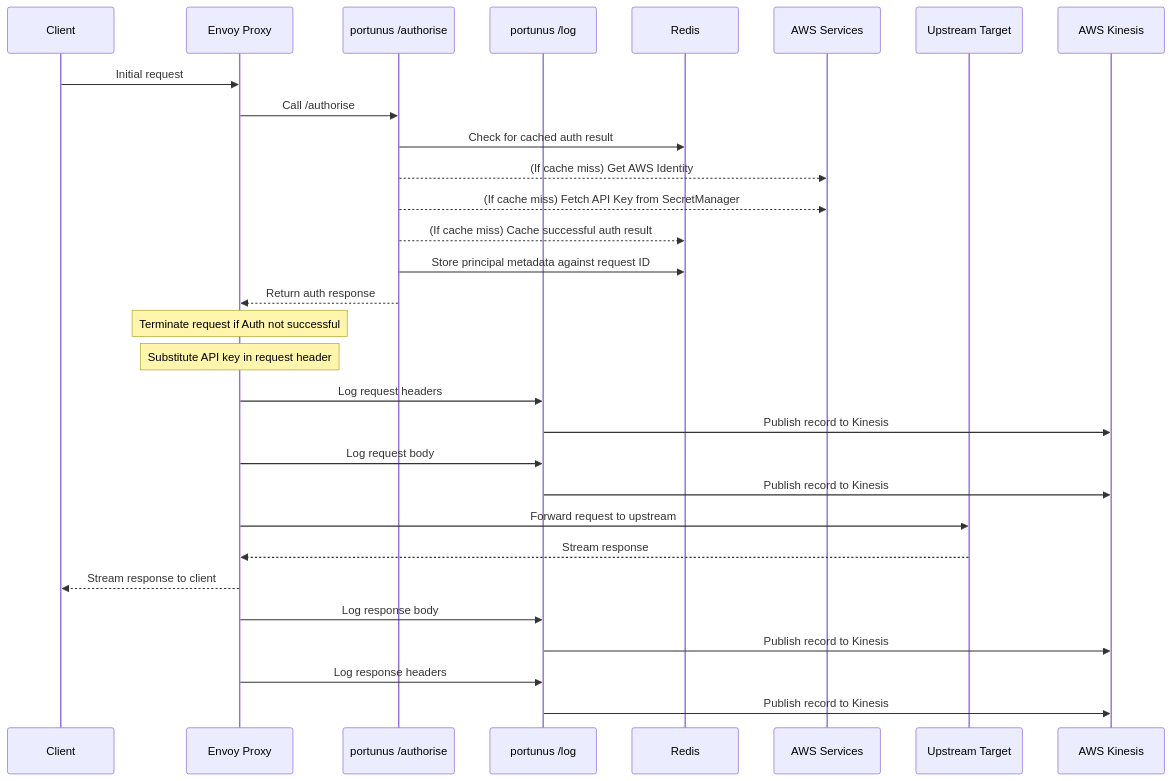
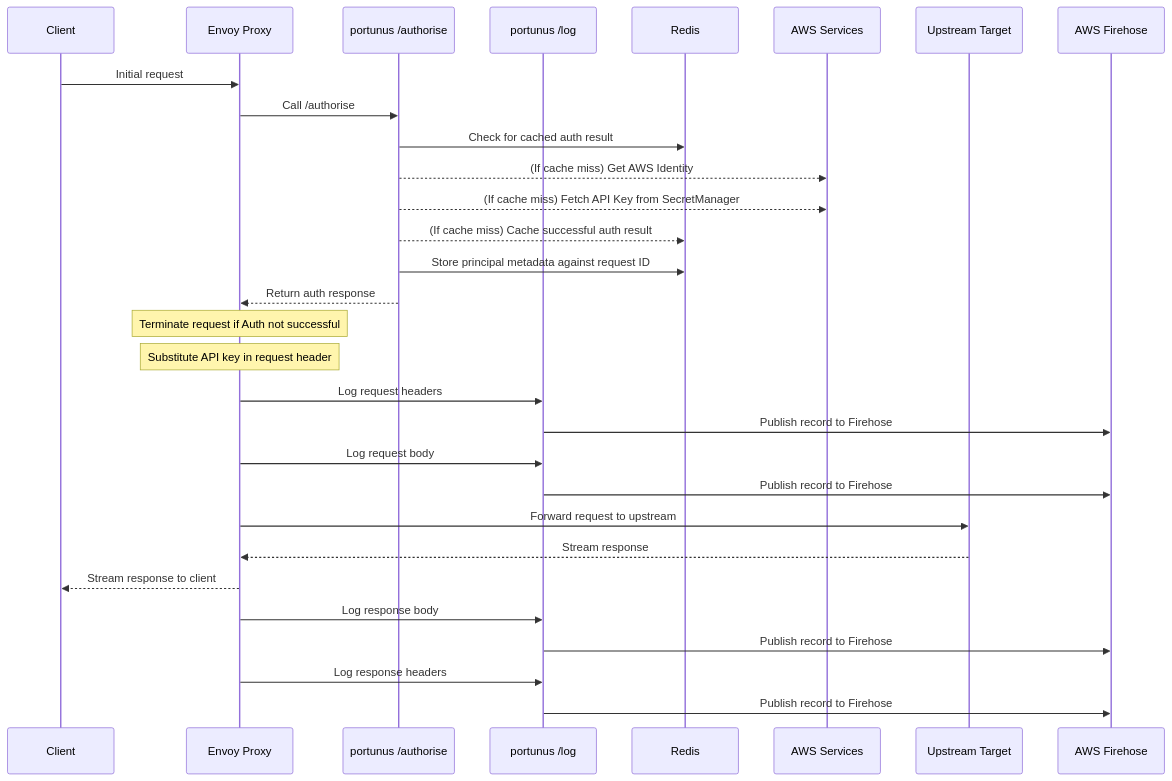
One commit to AI-Safety-Institute/portunus changed the first of 2 diagrams in README.md. Above: the diagram before and after it, drawn with Mermaid. The commit also changed other lines of this file and 23 other files, not shown here.

First line of the commit message:
feat: migrate audit pipeline from Kinesis Data Streams to Firehose direct-PUT

````diff
--- a/README.md
+++ b/README.md
@@ -31,43 +31,43 @@
 ```mermaid
 sequenceDiagram
     participant Client
     participant Envoy as Envoy Proxy
     participant Auth as portunus /authorise
     participant Portunus as portunus /log
     participant Redis
     participant AWS as AWS Services
     participant Target as Upstream Target
-    participant Kinesis as AWS Kinesis
+    participant Firehose as AWS Firehose
 
     Client->>Envoy: Initial request
 
     Envoy->>Auth: Call /authorise
     Auth->>Redis: Check for cached auth result
 
     Auth-->>AWS: (If cache miss) Get AWS Identity
     Auth-->>AWS: (If cache miss) Fetch API Key from SecretManager
     Auth-->>Redis: (If cache miss) Cache successful auth result
 
     Auth->>Redis: Store principal metadata against request ID
     Auth-->>Envoy: Return auth response
 
     Note over Envoy: Terminate request if Auth not successful
     Note over Envoy: Substitute API key in request header
 
     Envoy->>Portunus: Log request headers
-    Portunus->>Kinesis: Publish record to Kinesis
+    Portunus->>Firehose: Publish record to Firehose
 
     Envoy->>Portunus: Log request body
-    Portunus->>Kinesis: Publish record to Kinesis
+    Portunus->>Firehose: Publish record to Firehose
 
     Envoy->>Target: Forward request to upstream
 
     Target-->>Envoy: Stream response
     Envoy-->>Client: Stream response to client
 
     Envoy->>Portunus: Log response body
-    Portunus->>Kinesis: Publish record to Kinesis
+    Portunus->>Firehose: Publish record to Firehose
 
     Envoy->>Portunus: Log response headers
-    Portunus->>Kinesis: Publish record to Kinesis
+    Portunus->>Firehose: Publish record to Firehose
 ```
````
